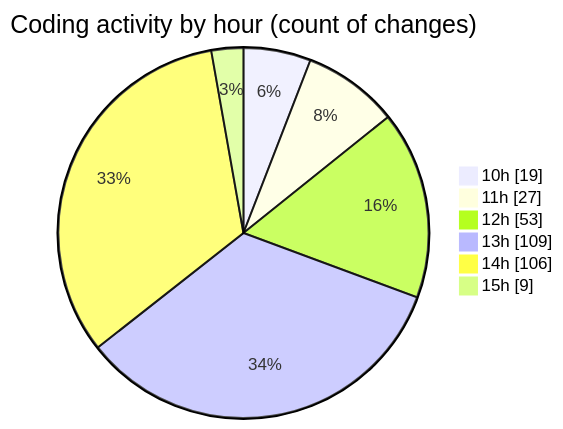
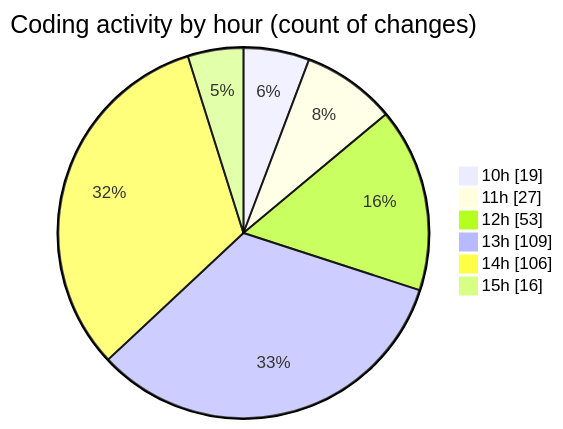
One commit to momahboobian/code-tracking changed the second of 2 diagrams in 2025-03-18/cda/README.md. Above: the diagram before and after it, drawn with Mermaid. The commit also changed other lines of this file and 1 other file, not shown here.

````diff
--- a/2025-03-18/cda/README.md
+++ b/2025-03-18/cda/README.md
@@ -42,10 +42,10 @@
 ```mermaid
 pie showData
 title Coding activity by hour (count of changes)
 "10h" : 19
 "11h" : 27
 "12h" : 53
 "13h" : 109
 "14h" : 106
-"15h" : 9
+"15h" : 16
 ```
````
